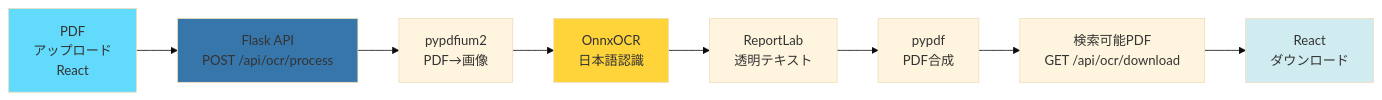
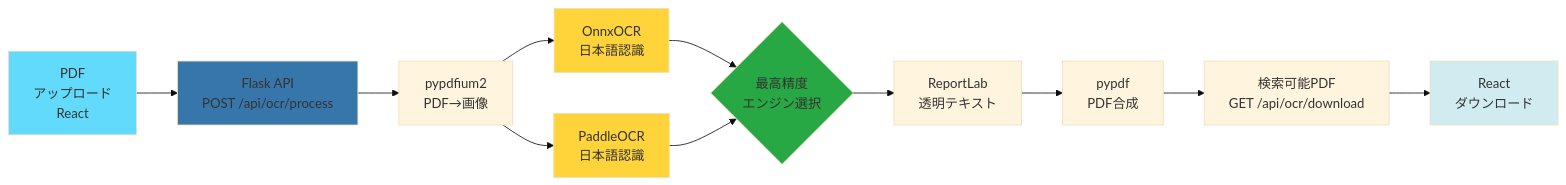
The first of 8 diagrams in specs/001-OCR-PDF-Converter/plan.md (J1921604/OCR-PDF-Converter), drawn with Mermaid (base theme) before and after one commit. The commit also changed other lines of this file and 1 other file, not shown here.

Commit message:
docs: 複数エンジン並列処理の仕様を反映
- spec.md: 技術スタック、フローチャート、シーケンス図を更新
- plan.md: 概要、技術アプローチ、パフォーマンス目標を更新
- OnnxOCR + PaddleOCR並列実行アーキテクチャを文書化

````diff
--- a/specs/001-OCR-PDF-Converter/plan.md
+++ b/specs/001-OCR-PDF-Converter/plan.md
@@ -22,15 +26,20 @@
 ```mermaid
 flowchart LR
     A[PDF<br/>アップロード<br/>React] --> B[Flask API<br/>POST /api/ocr/process]
     B --> C[pypdfium2<br/>PDF→画像]
-    C --> D[OnnxOCR<br/>日本語認識]
-    D --> E[ReportLab<br/>透明テキスト]
-    E --> F[pypdf<br/>PDF合成]
-    F --> G[検索可能PDF<br/>GET /api/ocr/download]
-    G --> H[React<br/>ダウンロード]
+    C --> D1[OnnxOCR<br/>日本語認識]
+    C --> D2[PaddleOCR<br/>日本語認識]
+    D1 --> E{最高精度<br/>エンジン選択}
+    D2 --> E
+    E --> F[ReportLab<br/>透明テキスト]
+    F --> G[pypdf<br/>PDF合成]
+    G --> H[検索可能PDF<br/>GET /api/ocr/download]
+    H --> I[React<br/>ダウンロード]
     
     style A fill:#61dafb
     style B fill:#3776ab
-    style D fill:#ffd43b
-    style H fill:#d1ecf1
+    style D1 fill:#ffd43b
+    style D2 fill:#ffd43b
+    style E fill:#28a745
+    style I fill:#d1ecf1
 ```
````
